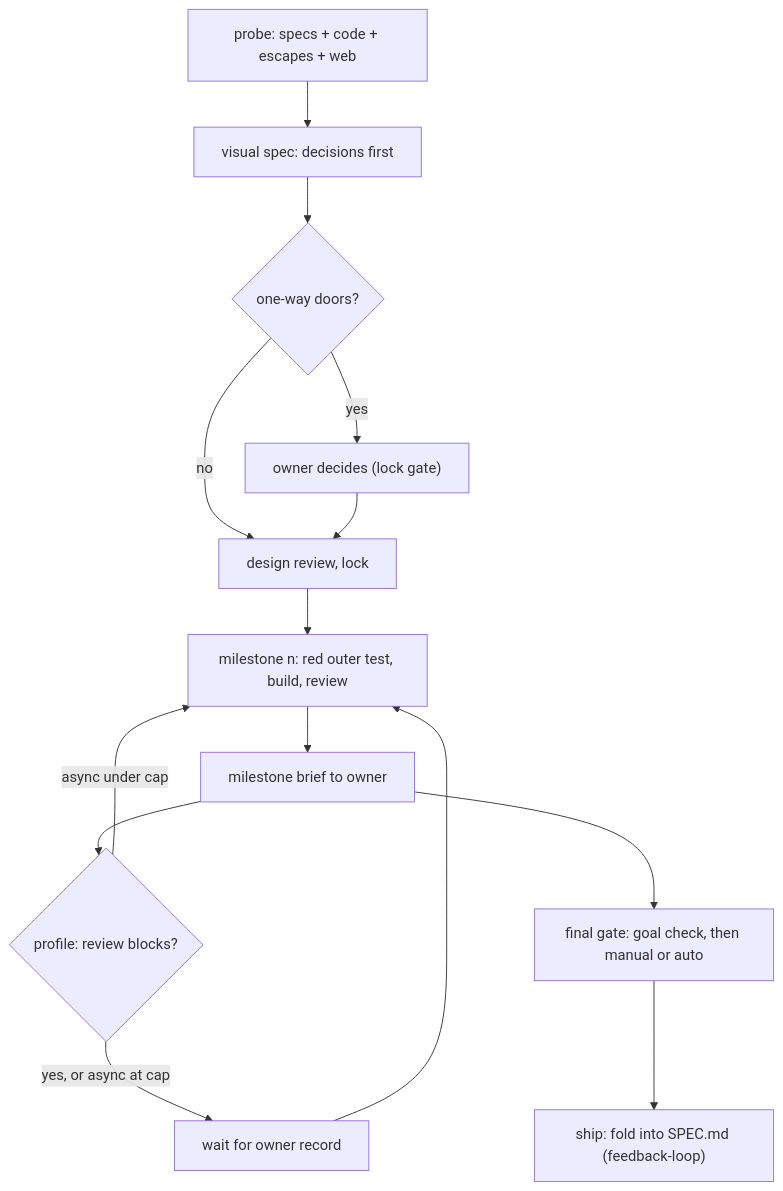
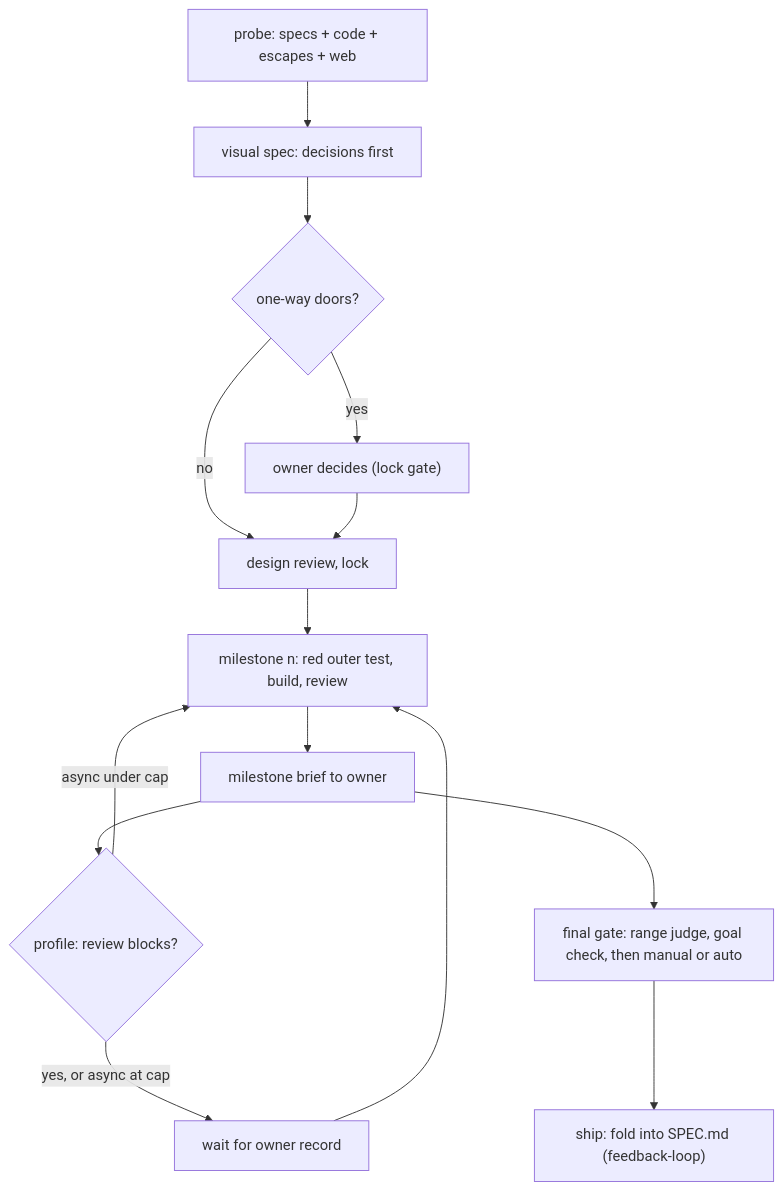
The first of 2 diagrams in docs/work/agentic-loop/README.md (sibulus13/claudence), drawn with Mermaid before and after one commit. The commit also changed other lines of this file and 2 other files, not shown here.

````diff
--- a/docs/work/agentic-loop/README.md
+++ b/docs/work/agentic-loop/README.md
@@ -15,16 +15,16 @@
 ```mermaid
 flowchart TD
   R["probe: specs + code + escapes + web"] --> S["visual spec: decisions first"]
   S --> O{"one-way doors?"}
   O -- "yes" --> OW["owner decides (lock gate)"]
   O -- "no" --> L["design review, lock"]
   OW --> L
   L --> M["milestone n: red outer test, build, review"]
   M --> MB["milestone brief to owner"]
   MB --> G{"profile: review blocks?"}
   G -- "yes, or async at cap" --> W["wait for owner record"]
   G -- "async under cap" --> M
   W --> M
-  MB --> F["final gate: goal check, then manual or auto"]
+  MB --> F["final gate: range judge, goal check, then manual or auto"]
   F --> SH["ship: fold into SPEC.md (feedback-loop)"]
 ```
````
